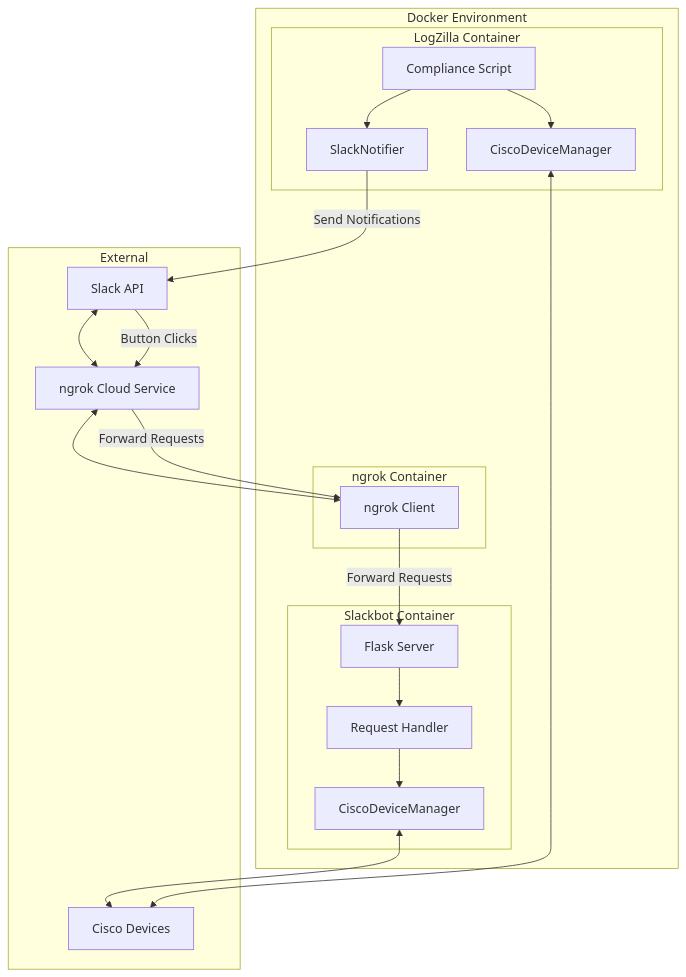
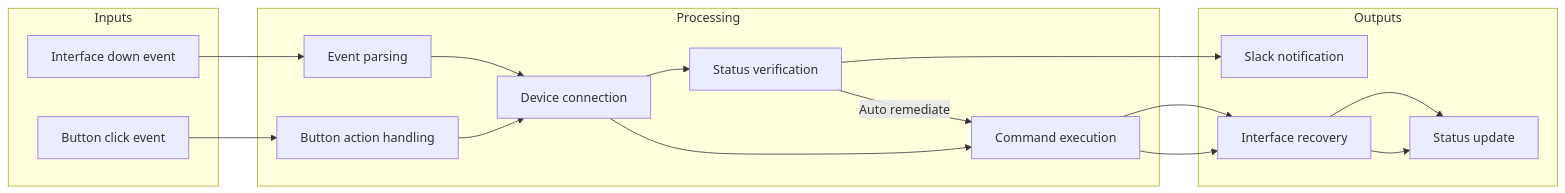
The fifth of 6 diagrams in docs/diagrams.md (claytondukes/logzilla-triggers), drawn with Mermaid before and after one commit. The commit also changed other lines of this file and 6 other files, not shown here.

Commit message:
docs: Update comprehensive documentation for LogZilla Cisco Interface Compliance project

````diff
--- a/docs/diagrams.md
+++ b/docs/diagrams.md
@@ -73,39 +111,25 @@
 ```mermaid
-flowchart TD
-    subgraph "Docker Environment"
-        subgraph "LogZilla Container"
-            A[Compliance Script]
-            B[CiscoDeviceManager]
-            C[SlackNotifier]
-        end
-        
-        subgraph "Slackbot Container"
-            D[Flask Server]
-            E[Request Handler]
-            F[CiscoDeviceManager]
-        end
-        
-        subgraph "ngrok Container"
-            G[ngrok Client]
-        end
+flowchart LR
+    subgraph Inputs
+        E1[Interface down event]
+        E2[Button click event]
     end
     
-    subgraph "External"
-        H[Cisco Devices]
-        I[Slack API]
-        J[ngrok Cloud Service]
+    subgraph Processing
+        P1[Event parsing]
+        P2[Device connection]
+        P3[Status verification]
+        P4[Button action handling]
+        P5[Command execution]
     end
     
-    A --> B
-    A --> C
-    C -- "Send Notifications" --> I
-    B <--> H
-    G <--> J
-    J <--> I
-    I -- "Button Clicks" --> J
-    J -- "Forward Requests" --> G
-    G -- "Forward Requests" --> D
-    D --> E
-    E --> F
-    F <--> H
+    subgraph Outputs
+        O1[Slack notification]
+        O2[Interface recovery]
+        O3[Status update]
+    end
+    
+    E1 --> P1 --> P2 --> P3 --> O1
+    P3 -->|Auto remediate| P5 --> O2 --> O3
+    E2 --> P4 --> P2 --> P5 --> O2 --> O3
 ```
````
